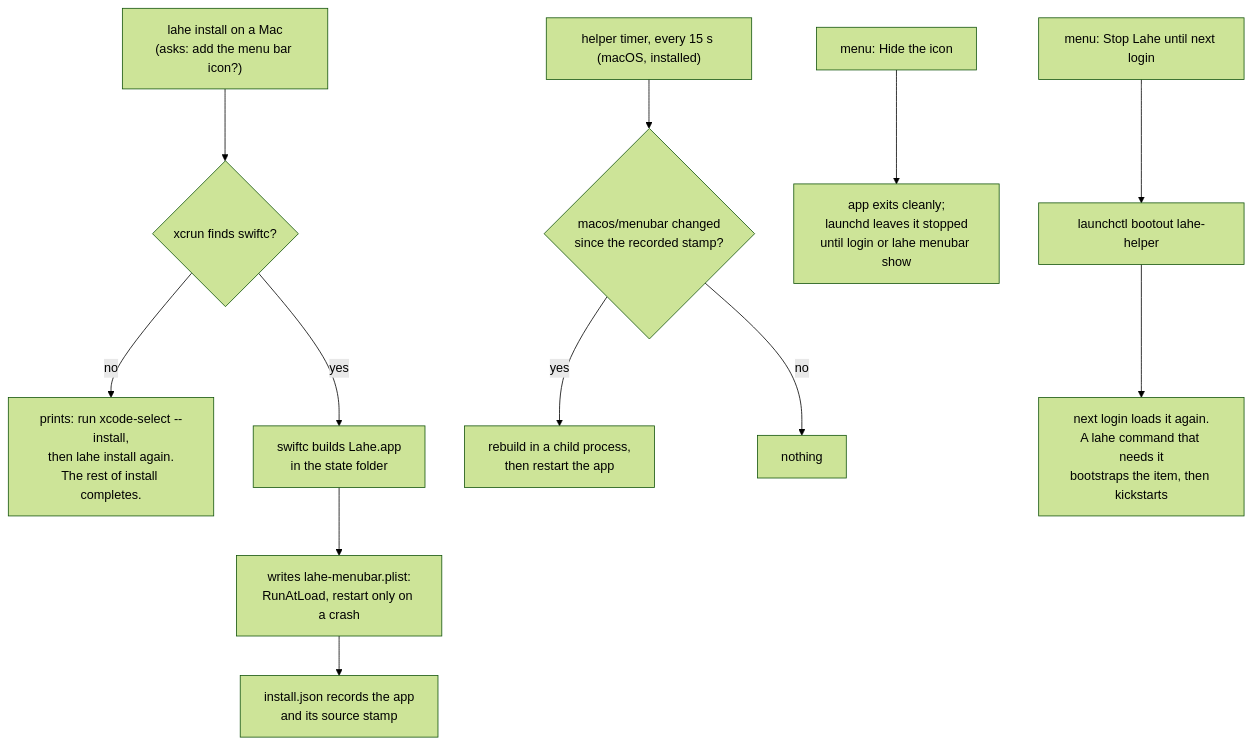
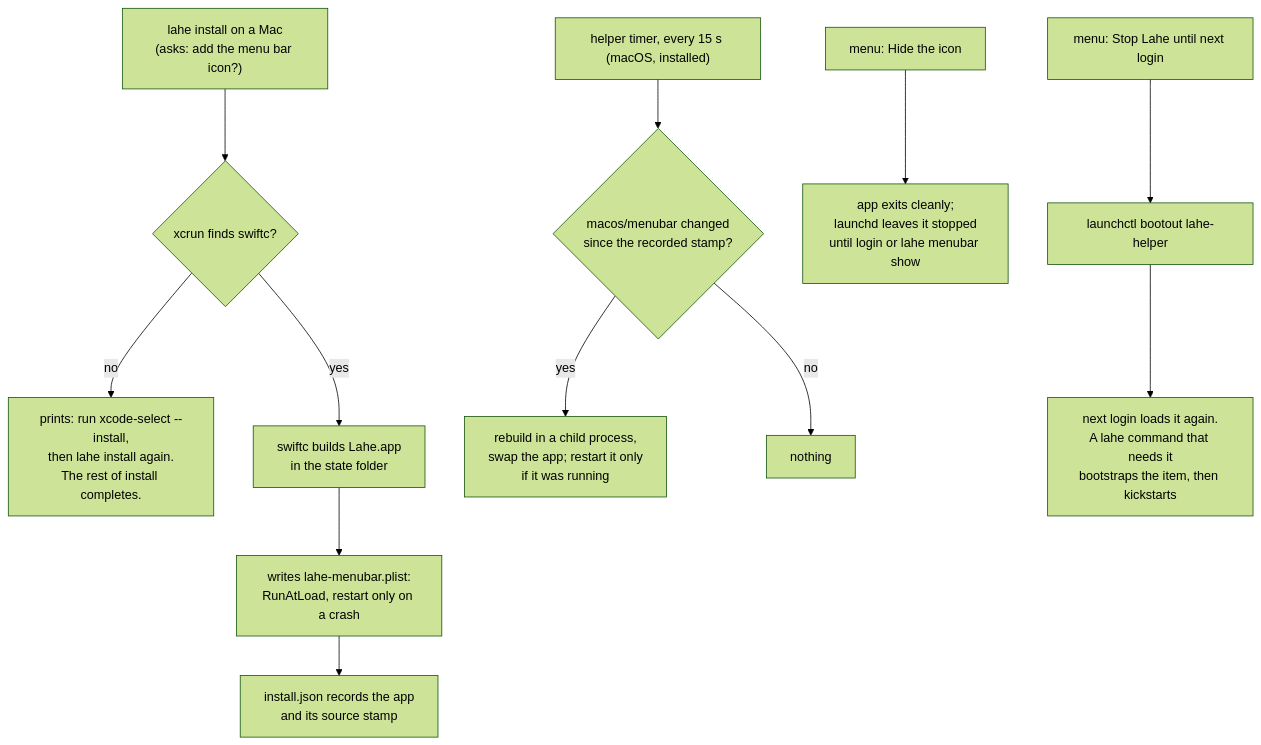
Before and after one commit to kenxle/live-agentic-html-editor: the fourth of 4 diagrams in docs/features/20261012.01_menu_bar_app/02_architecture_menu_bar_app.md, drawn with Mermaid (forest theme). The commit also changed other lines of this file and 9 other files, not shown here.

Commit message:
Menu bar app: plan review integrated (wire contract, test labels, seed on first read, hide-safe rebuild)

````diff
--- a/docs/features/20261012.01_menu_bar_app/02_architecture_menu_bar_app.md
+++ b/docs/features/20261012.01_menu_bar_app/02_architecture_menu_bar_app.md
@@ -165,16 +181,16 @@
 ```mermaid
 flowchart TD
     Install["lahe install on a Mac<br/>(asks: add the menu bar icon?)"] --> Tools{"xcrun finds swiftc?"}
     Tools -->|"no"| Msg["prints: run xcode-select --install,<br/>then lahe install again.<br/>The rest of install completes."]
     Tools -->|"yes"| Build["swiftc builds Lahe.app<br/>in the state folder"]
     Build --> Item["writes lahe-menubar.plist:<br/>RunAtLoad, restart only on a crash"]
     Item --> Record["install.json records the app<br/>and its source stamp"]
 
     Timer["helper timer, every 15 s (macOS, installed)"] --> Stamp{"macos/menubar changed<br/>since the recorded stamp?"}
-    Stamp -->|"yes"| Rebuild["rebuild in a child process,<br/>then restart the app"]
+    Stamp -->|"yes"| Rebuild["rebuild in a child process,<br/>swap the app; restart it only<br/>if it was running"]
     Stamp -->|"no"| Idle["nothing"]
 
     Hide["menu: Hide the icon"] --> Exit["app exits cleanly;<br/>launchd leaves it stopped<br/>until login or lahe menubar show"]
     Stop["menu: Stop Lahe until next login"] --> Bootout["launchctl bootout lahe-helper"]
     Bootout --> Back["next login loads it again.<br/>A lahe command that needs it<br/>bootstraps the item, then kickstarts"]
 ```
````
